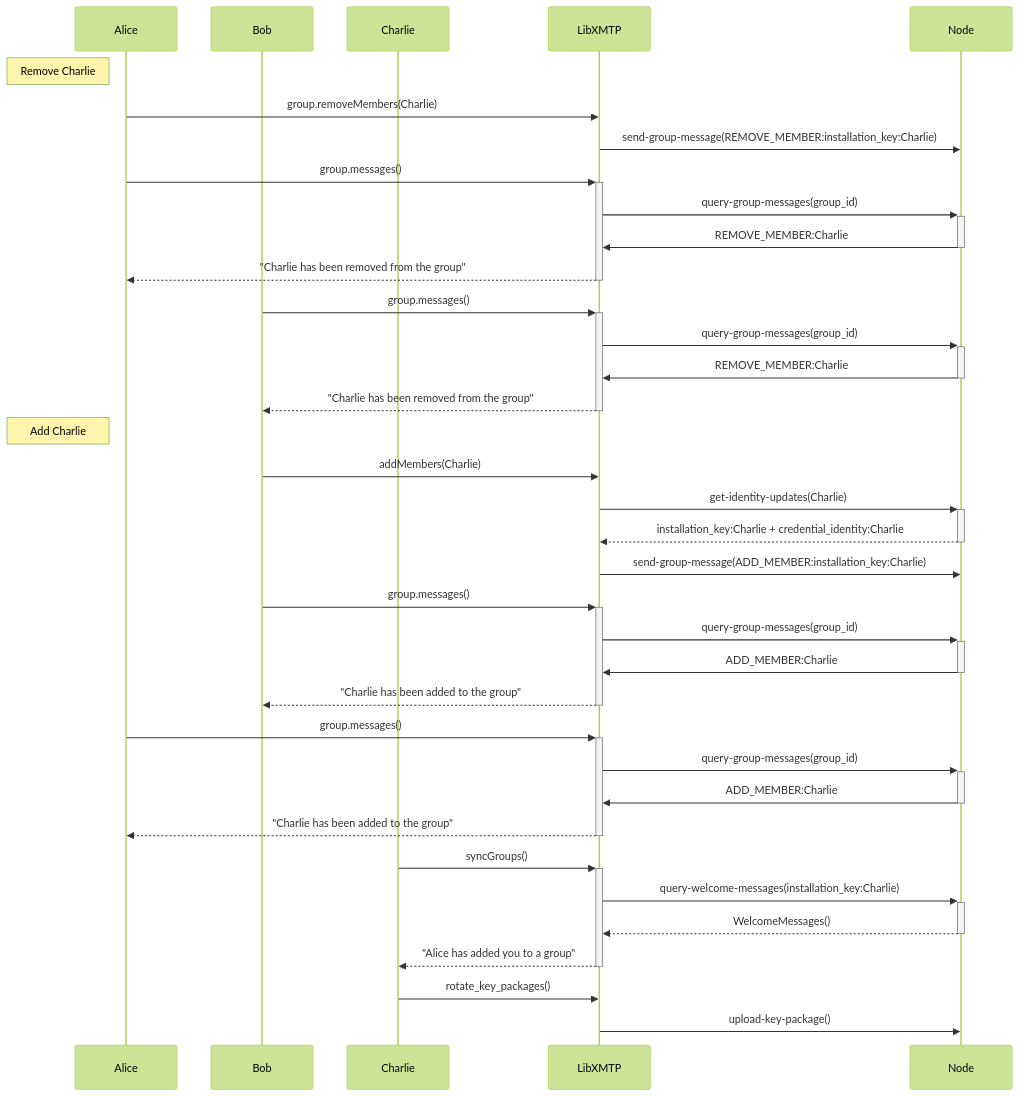
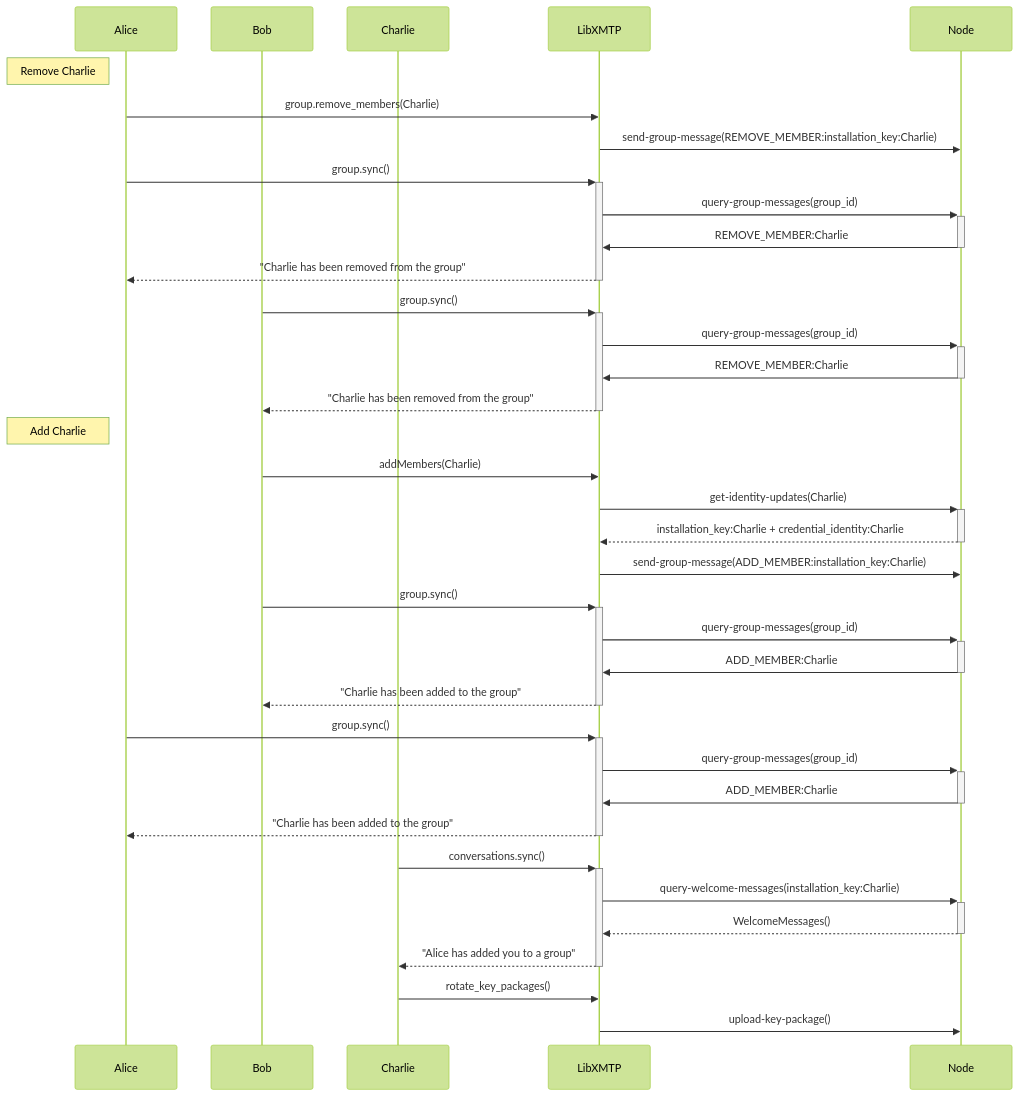
The diagram in diagrams/add-remove.mermaid (xmtp/libxmtp), drawn with Mermaid (forest theme) before and after one commit. The commit also changed 3 other files, not shown here.

```diff
--- a/diagrams/add-remove.mermaid
+++ b/diagrams/add-remove.mermaid
@@ -1,39 +1,39 @@
 sequenceDiagram
     participant Alice
     participant Bob
     participant Charlie
     participant LibXMTP
     participant Node
-    
+
     Note left of Alice: Remove Charlie
 
-    Alice->>LibXMTP: group.removeMembers(Charlie)
+    Alice->>LibXMTP: group.remove_members(Charlie)
     LibXMTP->>Node: send-group-message(REMOVE_MEMBER:installation_key:Charlie)
-    Alice->>+LibXMTP: group.messages()
+    Alice->>+LibXMTP: group.sync()
     LibXMTP->>+Node: query-group-messages(group_id)
     Node->>-LibXMTP: REMOVE_MEMBER:Charlie
     LibXMTP-->>-Alice: "Charlie has been removed from the group"
-    Bob->>+LibXMTP: group.messages()
+    Bob->>+LibXMTP: group.sync()
     LibXMTP->>+Node: query-group-messages(group_id)
     Node->>-LibXMTP: REMOVE_MEMBER:Charlie
     LibXMTP-->>-Bob: "Charlie has been removed from the group"
 
     Note left of Alice: Add Charlie
     Bob->>LibXMTP: addMembers(Charlie)
     LibXMTP->>+Node: get-identity-updates(Charlie)
     Node-->>-LibXMTP: installation_key:Charlie + credential_identity:Charlie  
     LibXMTP->>Node: send-group-message(ADD_MEMBER:installation_key:Charlie)
-    Bob->>+LibXMTP: group.messages()
+    Bob->>+LibXMTP: group.sync()
     LibXMTP->>+Node: query-group-messages(group_id)
     Node->>-LibXMTP: ADD_MEMBER:Charlie
     LibXMTP-->>-Bob: "Charlie has been added to the group"    
-    Alice->>+LibXMTP: group.messages()
+    Alice->>+LibXMTP: group.sync()
     LibXMTP->>+Node: query-group-messages(group_id)
     Node->>-LibXMTP: ADD_MEMBER:Charlie
     LibXMTP-->>-Alice: "Charlie has been added to the group"  
-    Charlie->>+LibXMTP: syncGroups()
+    Charlie->>+LibXMTP: conversations.sync()
     LibXMTP->>+Node: query-welcome-messages(installation_key:Charlie)
     Node-->>-LibXMTP: WelcomeMessages()
     LibXMTP-->>-Charlie: "Alice has added you to a group"   
     Charlie->>LibXMTP: rotate_key_packages()
     LibXMTP->>Node: upload-key-package()   
```
